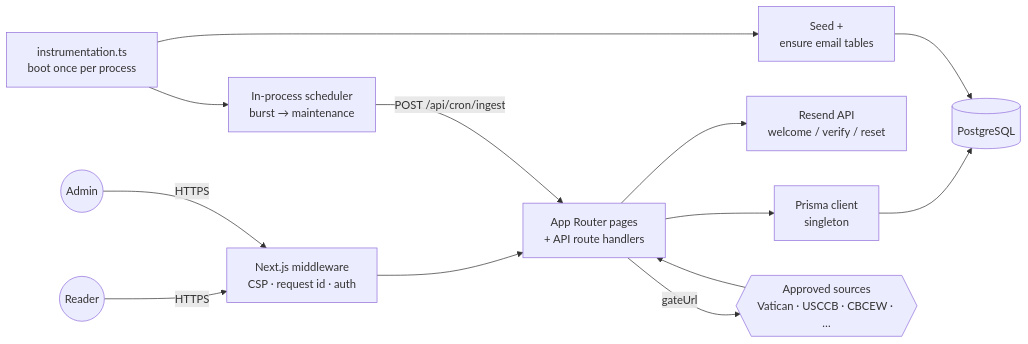
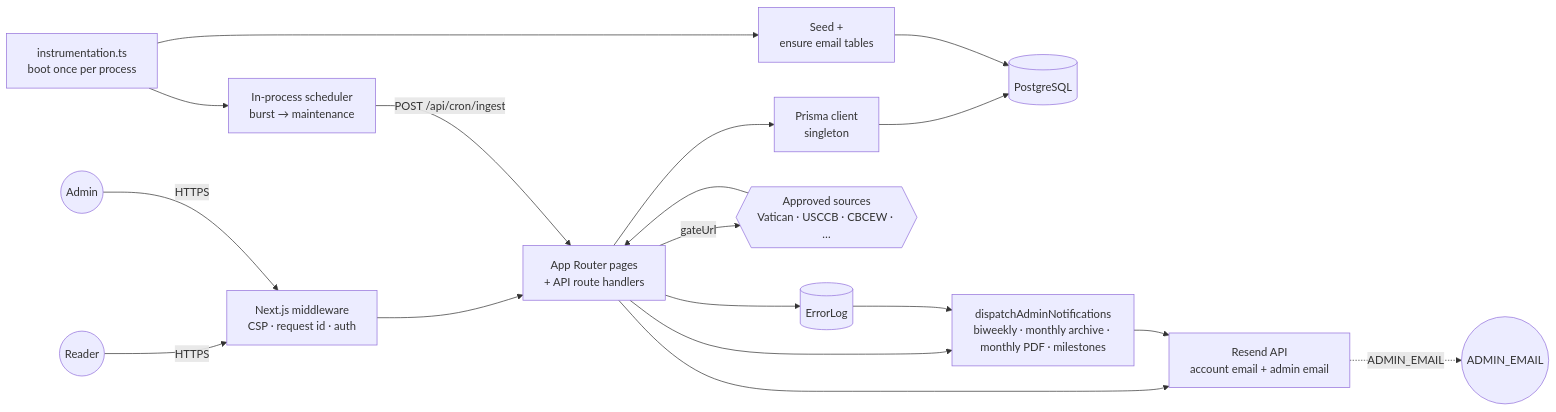
Before and after one commit to SRAS2024/viafidei: the diagram in README.md, drawn with Mermaid. The commit also changed other lines of this file and 32 other files, not shown here.

````diff
--- a/README.md
+++ b/README.md
@@ -156,15 +184,20 @@
 ```mermaid
 flowchart LR
     User((Reader)) -->|HTTPS| Edge[Next.js middleware<br/>CSP · request id · auth]
     Admin((Admin)) -->|HTTPS| Edge
     Edge --> AppRoutes[App Router pages<br/>+ API route handlers]
     AppRoutes --> Prisma[Prisma client<br/>singleton]
     Prisma --> Postgres[(PostgreSQL)]
-    AppRoutes --> Resend[Resend API<br/>welcome / verify / reset]
+    AppRoutes --> Resend[Resend API<br/>account email + admin email]
+    Resend -.->|ADMIN_EMAIL| AdminMailbox((ADMIN_EMAIL))
     Instrumentation[instrumentation.ts<br/>boot once per process] --> Seeder[Seed +<br/>ensure email tables]
     Seeder --> Postgres
     Instrumentation --> Scheduler[In-process scheduler<br/>burst → maintenance]
     Scheduler -->|POST /api/cron/ingest| AppRoutes
     AppRoutes -->|gateUrl| Sources{{Approved sources<br/>Vatican · USCCB · CBCEW · …}}
     Sources --> AppRoutes
+    AppRoutes --> AdminNotif[dispatchAdminNotifications<br/>biweekly · monthly archive · monthly PDF · milestones]
+    AdminNotif --> Resend
+    AppRoutes --> ErrorLog[(ErrorLog)]
+    ErrorLog --> AdminNotif
 ```
````
